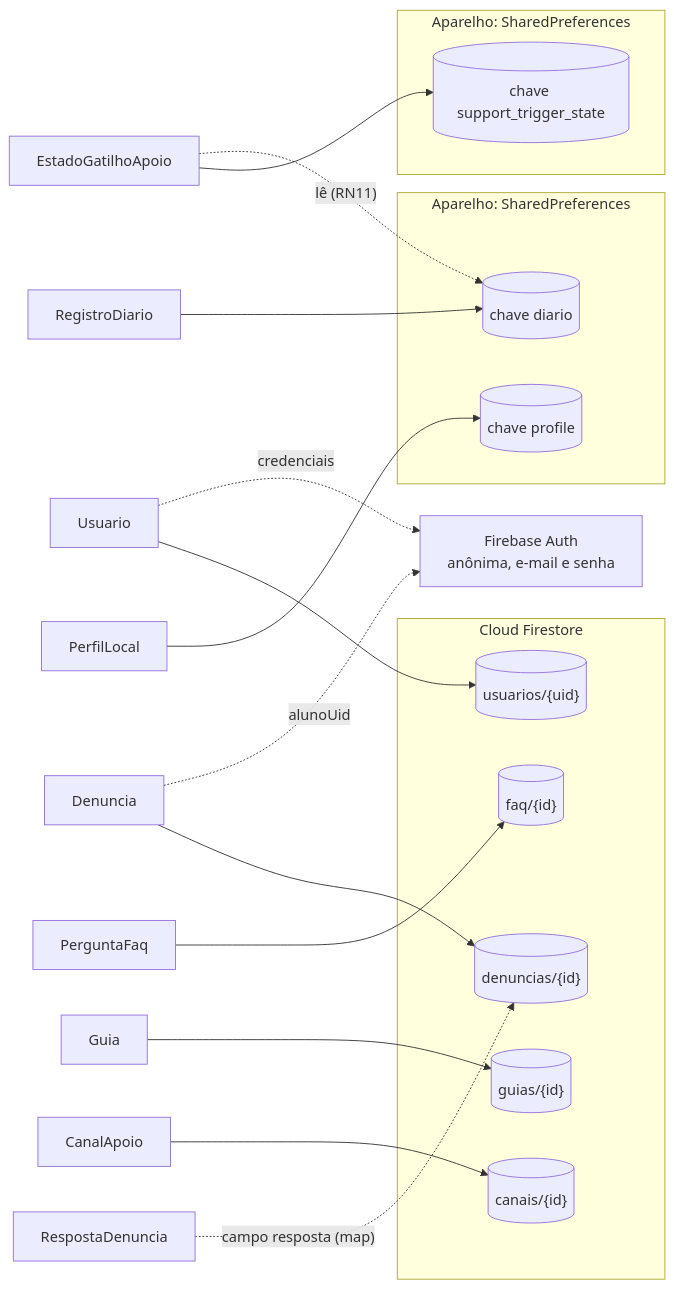
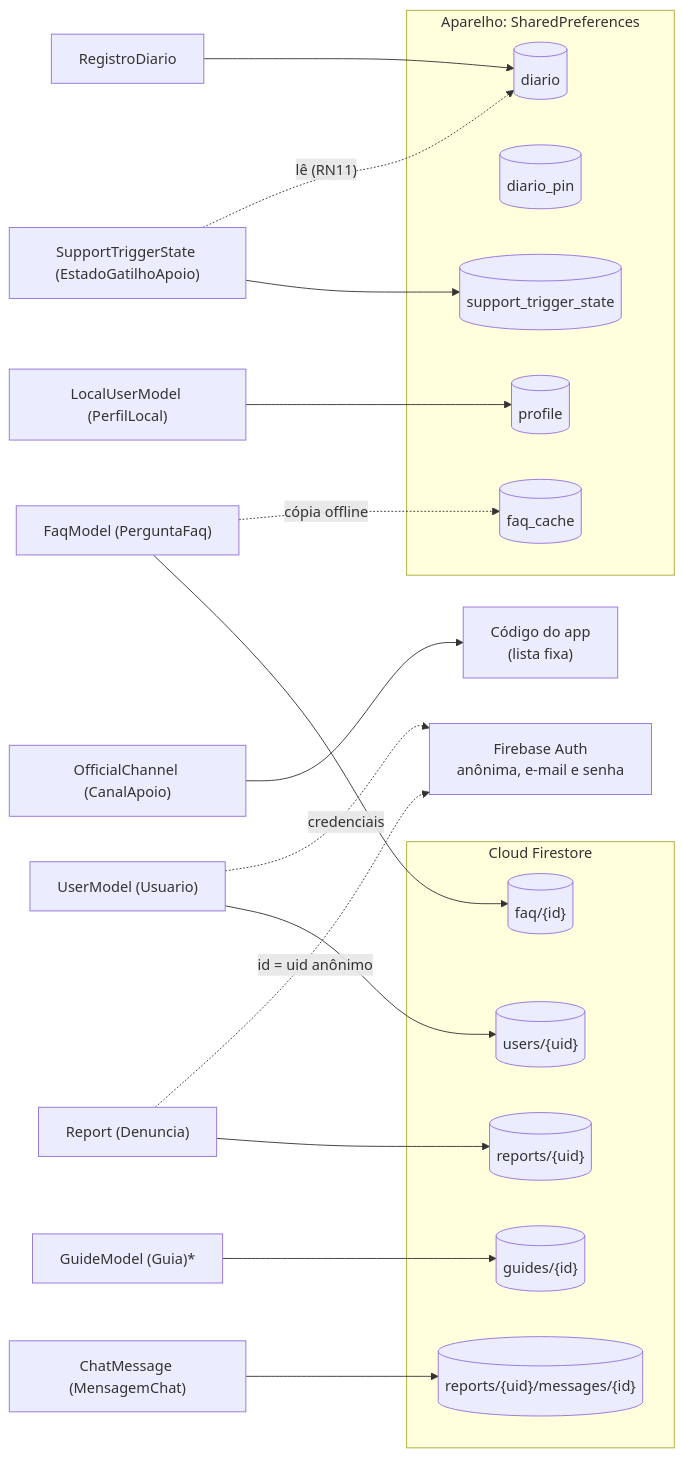
One commit to maarcos4g/mente-leve changed the diagram in docs/modelagem/04-mapeamento-dart-firestore.md. Above: the diagram before and after it, drawn with Mermaid. The commit also changed other lines of this file and 11 other files, not shown here.

````diff
--- a/docs/modelagem/04-mapeamento-dart-firestore.md
+++ b/docs/modelagem/04-mapeamento-dart-firestore.md
@@ -7,41 +7,43 @@
 ```mermaid
 flowchart LR
-  Usuario
-  PerguntaFaq
-  Guia
-  CanalApoio
-  Denuncia
-  RespostaDenuncia
+  UserModel["UserModel (Usuario)"]
+  FaqModel["FaqModel (PerguntaFaq)"]
+  GuideModel["GuideModel (Guia)*"]
+  Report["Report (Denuncia)"]
+  ChatMessage["ChatMessage (MensagemChat)"]
+  OfficialChannel["OfficialChannel (CanalApoio)"]
   RegistroDiario
-  PerfilLocal
-  EstadoGatilhoApoio
+  LocalUserModel["LocalUserModel (PerfilLocal)"]
+  SupportTriggerState["SupportTriggerState (EstadoGatilhoApoio)"]
 
   subgraph FS["Cloud Firestore"]
-    cUsuarios[("usuarios/{uid}")]
+    cUsers[("users/{uid}")]
     cFaq[("faq/{id}")]
-    cGuias[("guias/{id}")]
-    cCanais[("canais/{id}")]
-    cDenuncias[("denuncias/{id}")]
+    cGuides[("guides/{id}")]
+    cReports[("reports/{uid}")]
+    cMessages[("reports/{uid}/messages/{id}")]
   end
   AUTH["Firebase Auth<br/>anônima, e-mail e senha"]
-  subgraph HV["Aparelho: SharedPreferences"]
-    bDiario[("chave diario")]
-    bPerfil[("chave profile")]
+  subgraph SP["Aparelho: SharedPreferences"]
+    kDiario[("diario")]
+    kPin[("diario_pin")]
+    kProfile[("profile")]
+    kFaqCache[("faq_cache")]
+    kGatilho[("support_trigger_state")]
   end
-  subgraph SP["Aparelho: SharedPreferences"]
-    kGatilho[("chave support_trigger_state")]
-  end
+  APP["Código do app<br/>(lista fixa)"]
 
-  Usuario --> cUsuarios
-  Usuario -. "credenciais" .-> AUTH
-  PerguntaFaq --> cFaq
-  Guia --> cGuias
-  CanalApoio --> cCanais
-  Denuncia --> cDenuncias
-  Denuncia -. "alunoUid" .-> AUTH
-  RespostaDenuncia -. "campo resposta (map)" .-> cDenuncias
-  RegistroDiario --> bDiario
-  PerfilLocal --> bPerfil
-  EstadoGatilhoApoio --> kGatilho
-  EstadoGatilhoApoio -. "lê (RN11)" .-> bDiario
+  UserModel --> cUsers
+  UserModel -. "credenciais" .-> AUTH
+  FaqModel --> cFaq
+  FaqModel -. "cópia offline" .-> kFaqCache
+  GuideModel --> cGuides
+  Report --> cReports
+  Report -. "id = uid anônimo" .-> AUTH
+  ChatMessage --> cMessages
+  OfficialChannel --> APP
+  RegistroDiario --> kDiario
+  LocalUserModel --> kProfile
+  SupportTriggerState --> kGatilho
+  SupportTriggerState -. "lê (RN11)" .-> kDiario
 ```
````
